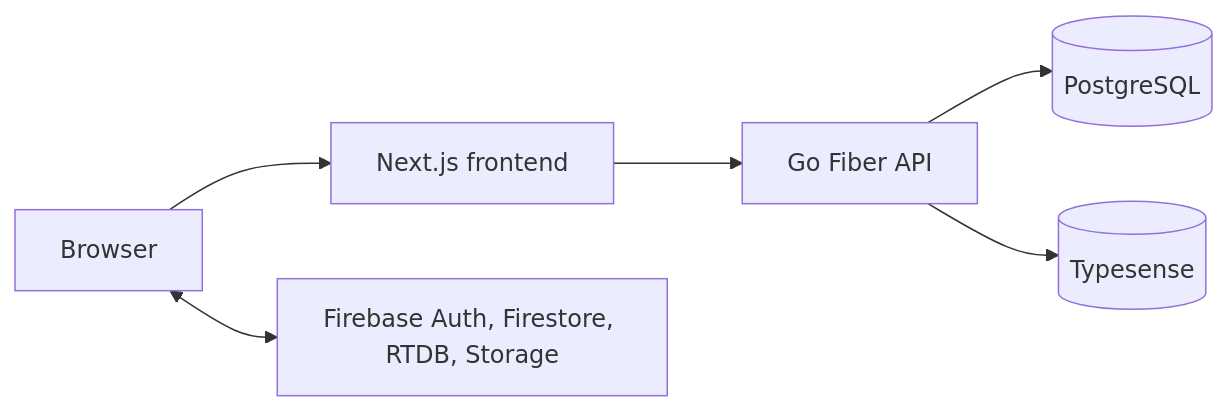
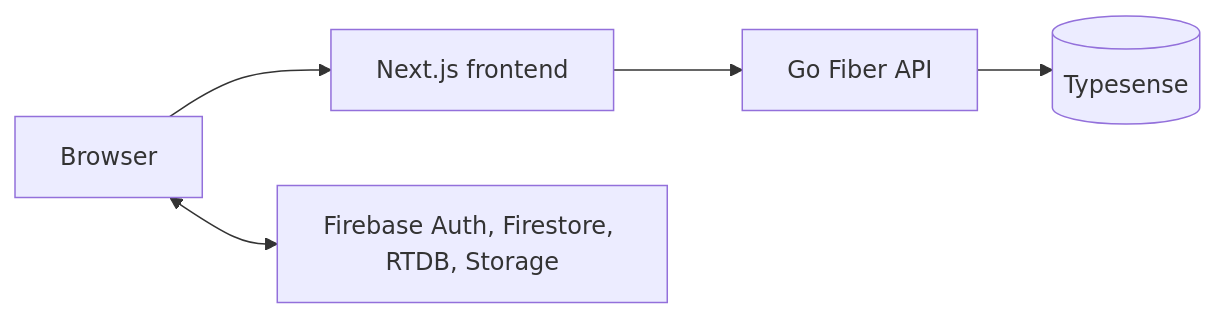
Before and after one commit to andyathsid/convoza: the diagram in README.md, drawn with Mermaid. The commit also changed other lines of this file, not shown here.

````diff
--- a/README.md
+++ b/README.md
@@ -11,8 +11,7 @@
 ```mermaid
 flowchart LR
     Browser[Browser] --> Frontend[Next.js frontend]
     Frontend --> API[Go Fiber API]
-    API --> Postgres[(PostgreSQL)]
     Browser <--> Firebase[Firebase Auth, Firestore, RTDB, Storage]
     API --> Typesense[(Typesense)]
 ```
````
